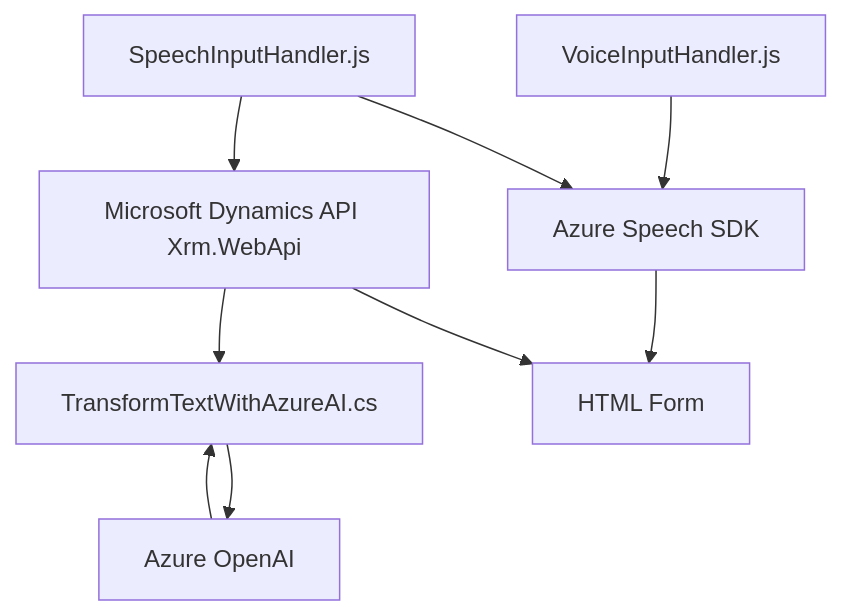
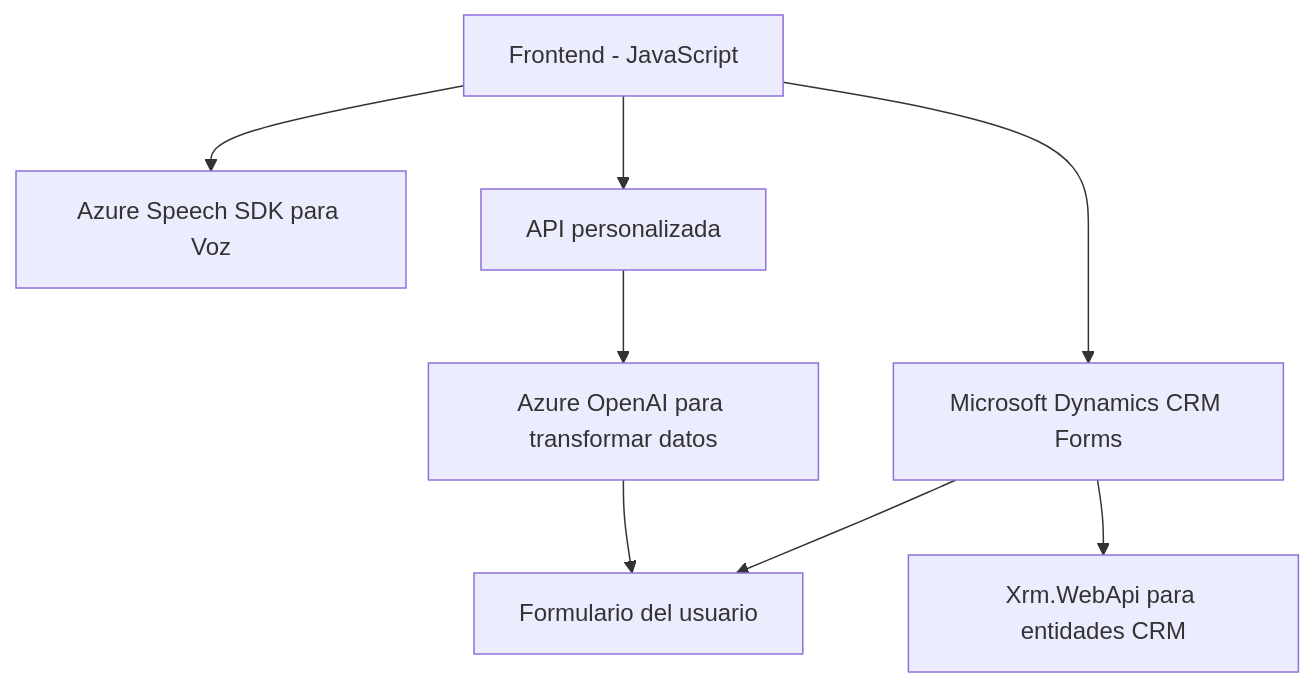
One commit to blopezdm/NETCORE_BILBAO2025 changed the diagram in README.md. Above: the diagram before and after it, drawn with Mermaid. The commit also changed other lines of this file, not shown here.

````diff
--- a/README.md
+++ b/README.md
@@ -39,11 +52,10 @@
 ```mermaid
 graph TD
-  A["VoiceInputHandler.js"] --> B["Azure Speech SDK"]
-  C["SpeechInputHandler.js"] --> B
-  C --> D["Microsoft Dynamics API Xrm.WebApi"]
-  E["TransformTextWithAzureAI.cs"] --> F["Azure OpenAI"]
-  D --> E
-  B --> G["HTML Form"]
-  D --> G
-  F --> E
+  A["Frontend - JavaScript"] --> B["Azure Speech SDK para Voz"]
+  A --> C["Microsoft Dynamics CRM Forms"]
+  C --> D["Formulario del usuario"]
+  A --> E["API personalizada"]
+  E --> F["Azure OpenAI para transformar datos"]
+  C --> G["Xrm.WebApi para entidades CRM"]
+  F --> D
 ```
````
